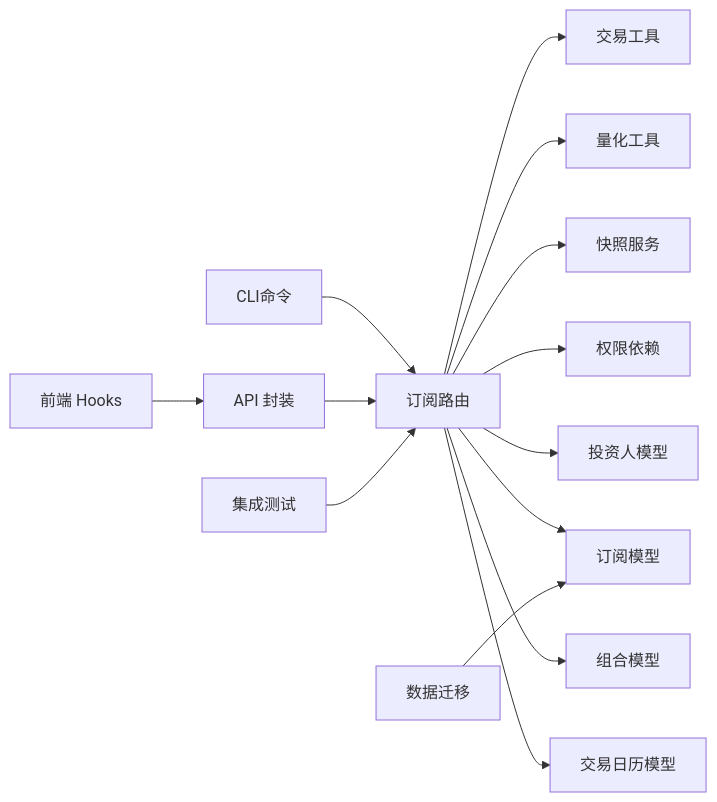
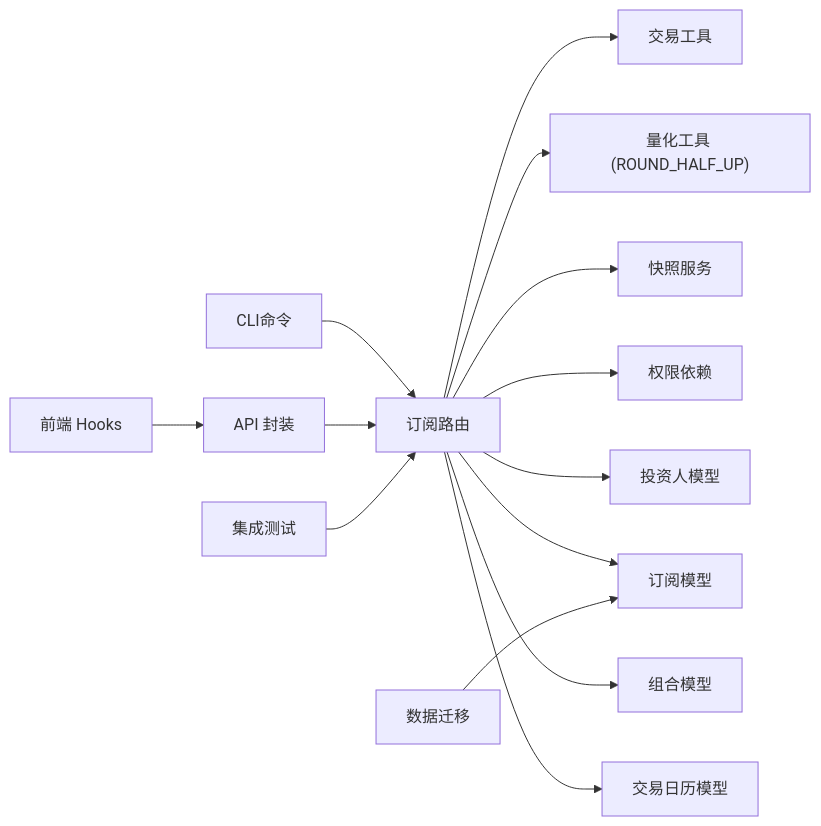
The seventh of 7 diagrams in .qoder/repowiki/zh/content/核心业务功能/订阅管理.md (gujialind/InvestRing), drawn with Mermaid before and after one commit. The commit also changed other lines of this file and 32 other files, not shown here.

````diff
--- a/.qoder/repowiki/zh/content/核心业务功能/订阅管理.md
+++ b/.qoder/repowiki/zh/content/核心业务功能/订阅管理.md
@@ -470,16 +470,16 @@
 ```mermaid
 graph LR
 SubRouter["订阅路由"] --> CalModel["交易日历模型"]
 SubRouter --> PortModel["组合模型"]
 SubRouter --> InvModel["投资人模型"]
 SubRouter --> SubModel["订阅模型"]
 SubRouter --> Deps["权限依赖"]
 SubRouter --> SnapSvc["快照服务"]
-SubRouter --> Quantize["量化工具"]
+SubRouter --> Quantize["量化工具 (ROUND_HALF_UP)"]
 SubRouter --> TradingUtils["交易工具"]
 DBMigration["数据迁移"] --> SubModel
 CLI["CLI命令"] --> SubRouter
 FEHooks["前端 Hooks"] --> FEAPI["API 封装"]
 FEAPI --> SubRouter
 Test["集成测试"] --> SubRouter
 ```
````
